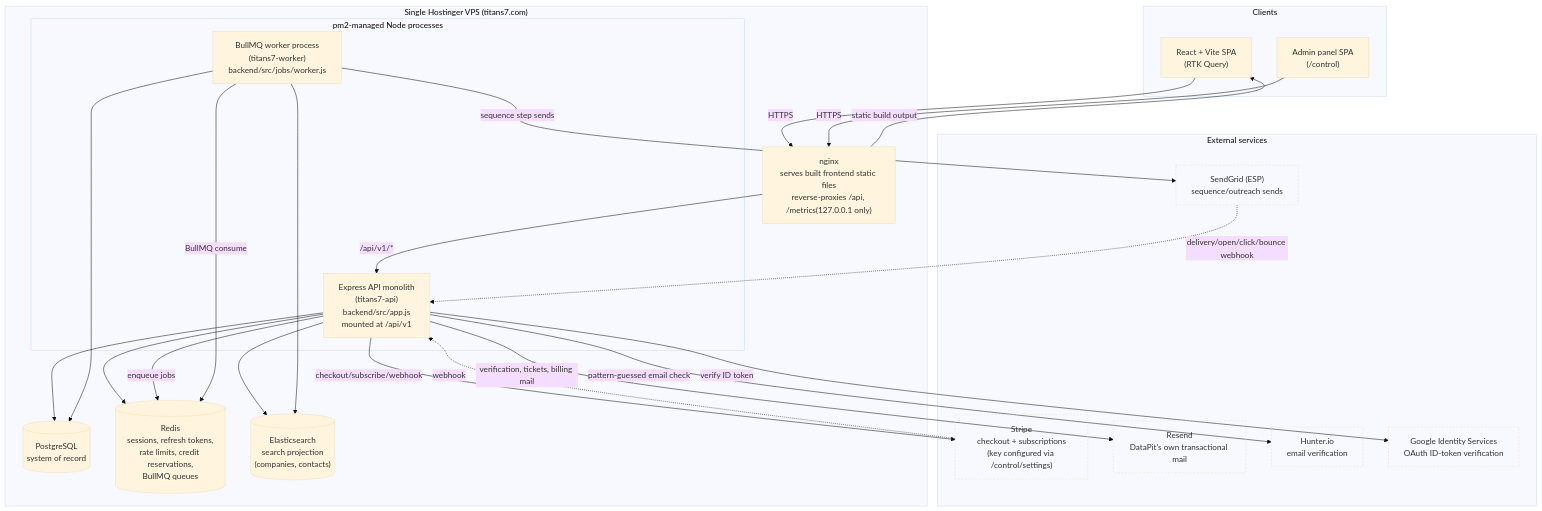
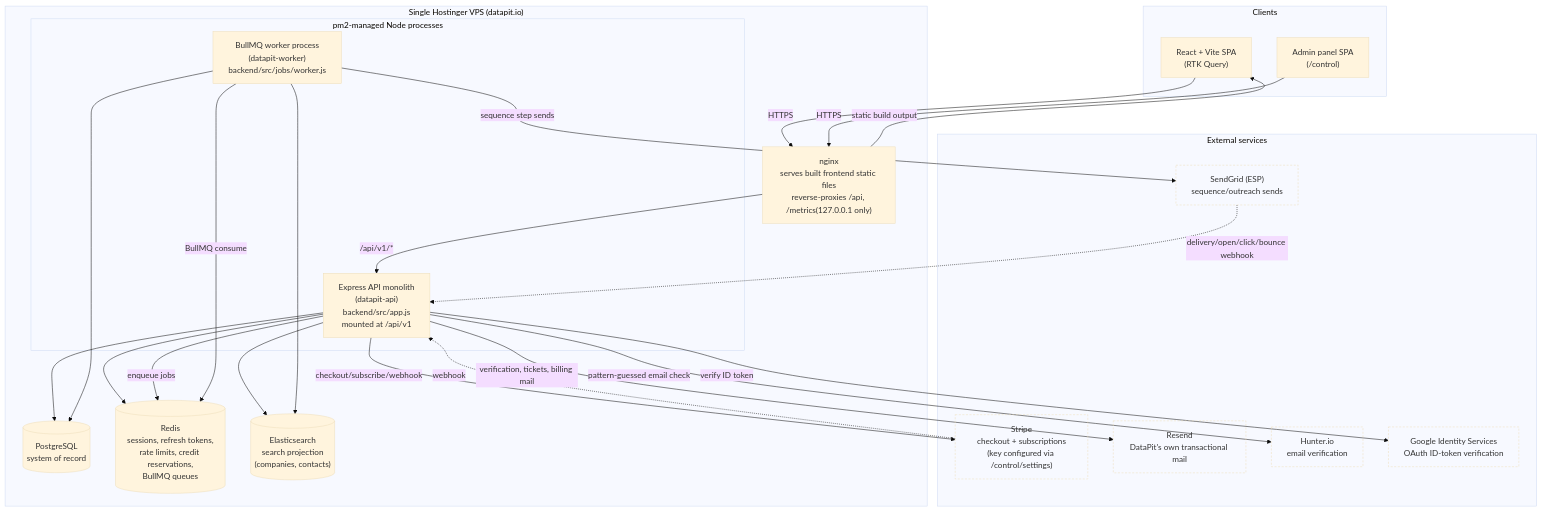
The diagram in docs/01-system-architecture.mermaid (nyxashu25/signalbase), drawn with Mermaid (base theme) before and after one commit. The commit also changed 7 other files, not shown here.

Commit message:
Move production from titans7.com to datapit.io: runbook, diagrams, env comments, TODO

```diff
--- a/docs/01-system-architecture.mermaid
+++ b/docs/01-system-architecture.mermaid
@@ -1,52 +1,52 @@
 flowchart TB
     subgraph clients["Clients"]
         SPA["React + Vite SPA<br/>(RTK Query)"]
         AdminUI["Admin panel SPA<br/>(/control)"]
     end
 
-    subgraph vps["Single Hostinger VPS (titans7.com)"]
+    subgraph vps["Single Hostinger VPS (datapit.io)"]
         Nginx["nginx<br/>serves built frontend static files<br/>reverse-proxies /api, /metrics(127.0.0.1 only)"]
 
         subgraph pm2["pm2-managed Node processes"]
-            API["Express API monolith<br/>(titans7-api)<br/>backend/src/app.js<br/>mounted at /api/v1"]
-            Worker["BullMQ worker process<br/>(titans7-worker)<br/>backend/src/jobs/worker.js"]
+            API["Express API monolith<br/>(datapit-api)<br/>backend/src/app.js<br/>mounted at /api/v1"]
+            Worker["BullMQ worker process<br/>(datapit-worker)<br/>backend/src/jobs/worker.js"]
         end
 
         Postgres[("PostgreSQL<br/>system of record")]
         Redis[("Redis<br/>sessions, refresh tokens,<br/>rate limits, credit reservations,<br/>BullMQ queues")]
         ES[("Elasticsearch<br/>search projection<br/>(companies, contacts)")]
     end
 
     subgraph external["External services"]
         Stripe["Stripe<br/>checkout + subscriptions<br/>(key configured via /control/settings)"]
         Resend["Resend<br/>DataPit's own transactional mail"]
         SendGrid["SendGrid (ESP)<br/>sequence/outreach sends"]
         Hunter["Hunter.io<br/>email verification"]
         Google["Google Identity Services<br/>OAuth ID-token verification"]
     end
 
     SPA -->|HTTPS| Nginx
     AdminUI -->|HTTPS| Nginx
     Nginx -->|/api/v1/*| API
     Nginx -->|static build output| SPA
 
     API --> Postgres
     API --> Redis
     API --> ES
     API -->|enqueue jobs| Redis
 
     Worker -->|BullMQ consume| Redis
     Worker --> Postgres
     Worker --> ES
 
     API -->|checkout/subscribe/webhook| Stripe
     API -->|verification, tickets, billing mail| Resend
     Worker -->|sequence step sends| SendGrid
     API -->|pattern-guessed email check| Hunter
     API -->|verify ID token| Google
 
     Stripe -.->|webhook| API
     SendGrid -.->|delivery/open/click/bounce webhook| API
 
     classDef external fill:transparent,stroke-dasharray: 4 3;
     class Stripe,Resend,SendGrid,Hunter,Google external;
```
